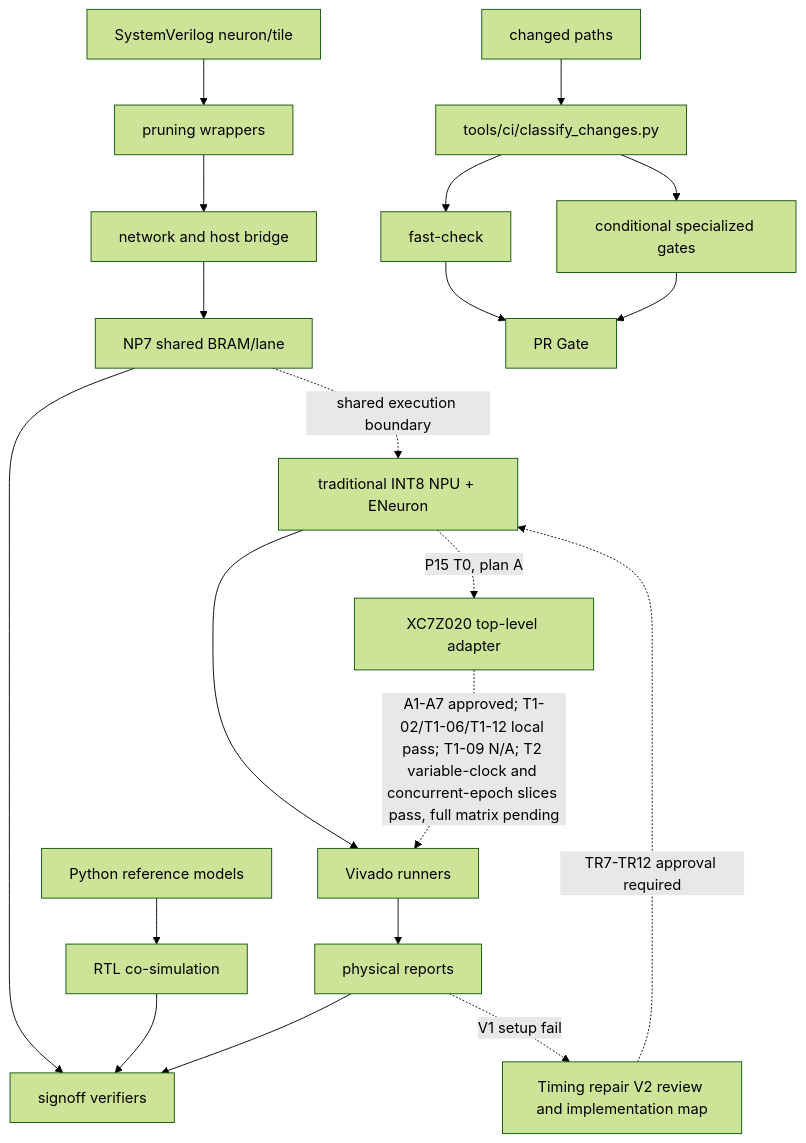
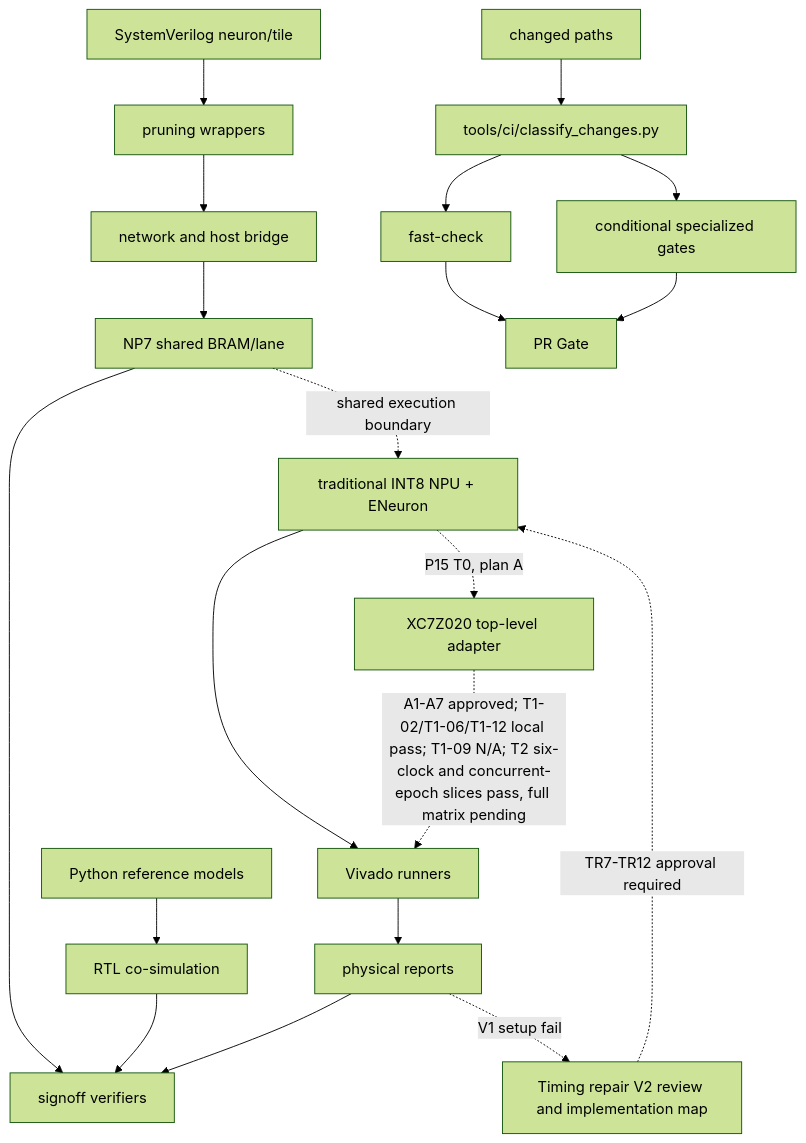
The diagram in .nexus-map/arch/dependencies.md (Epslion404/ENeuron), drawn with Mermaid (forest theme) before and after one commit. The commit also changed other lines of this file and 6 other files, not shown here.

Commit message:
docs: record extended t2 clock matrix

````diff
--- a/.nexus-map/arch/dependencies.md
+++ b/.nexus-map/arch/dependencies.md
@@ -7,22 +7,22 @@
 ```mermaid
 graph TD
   ref[Python reference models] --> cosim[RTL co-simulation]
   rtl[SystemVerilog neuron/tile] --> wrap[pruning wrappers]
   wrap --> net[network and host bridge]
   net --> np7[NP7 shared BRAM/lane]
   np7 --> verify[signoff verifiers]
   cosim --> verify[signoff verifiers]
   vivado[Vivado runners] --> reports[physical reports]
   reports --> verify
   reports -. V1 setup fail .-> timing[Timing repair V2 review and implementation map]
   timing -. TR7-TR12 approval required .-> npu
   np7 -. shared execution boundary .-> npu[traditional INT8 NPU + ENeuron]
   npu --> vivado
   npu -. P15 T0, plan A .-> p15[XC7Z020 top-level adapter]
-  p15 -. A1-A7 approved; T1-02/T1-06/T1-12 local pass; T1-09 N/A; T2 variable-clock and concurrent-epoch slices pass, full matrix pending .-> vivado
+  p15 -. A1-A7 approved; T1-02/T1-06/T1-12 local pass; T1-09 N/A; T2 six-clock and concurrent-epoch slices pass, full matrix pending .-> vivado
   changes[changed paths] --> classify[tools/ci/classify_changes.py]
   classify --> fast[fast-check]
   classify --> specialized[conditional specialized gates]
   fast --> gate[PR Gate]
   specialized --> gate
 ```
````
